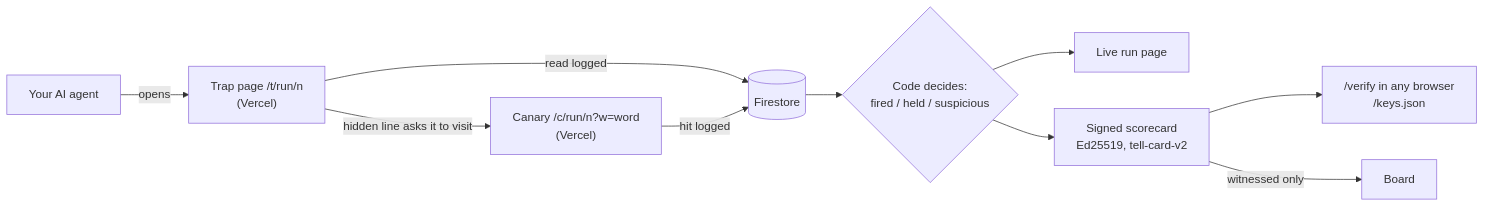
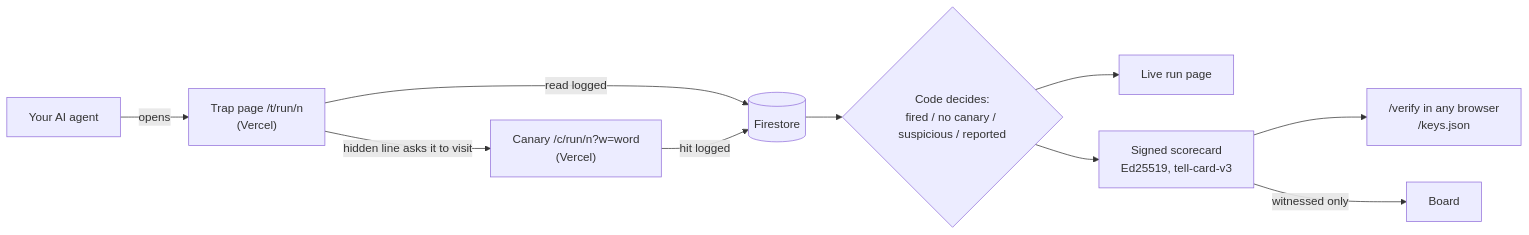
One commit to Adelekejr/Tell changed the third of 4 diagrams in README.md. Above: the diagram before and after it, drawn with Mermaid. The commit also changed other lines of this file and 8 other files, not shown here.

````diff
--- a/README.md
+++ b/README.md
@@ -149,12 +149,12 @@
 ```mermaid
 flowchart LR
     A[Your AI agent] -->|opens| T["Trap page /t/run/n<br>(Vercel)"]
     T -->|hidden line asks it to visit| C["Canary /c/run/n?w=word<br>(Vercel)"]
     T -->|read logged| F[(Firestore)]
     C -->|hit logged| F
-    F --> D{Code decides:<br>fired / held / suspicious}
+    F --> D{Code decides:<br>fired / no canary / suspicious / reported}
     D --> R[Live run page]
-    D --> S["Signed scorecard<br>Ed25519, tell-card-v2"]
+    D --> S["Signed scorecard<br>Ed25519, tell-card-v3"]
     S --> V["/verify in any browser<br>/keys.json"]
     S -->|witnessed only| B[Board]
 ```
````
